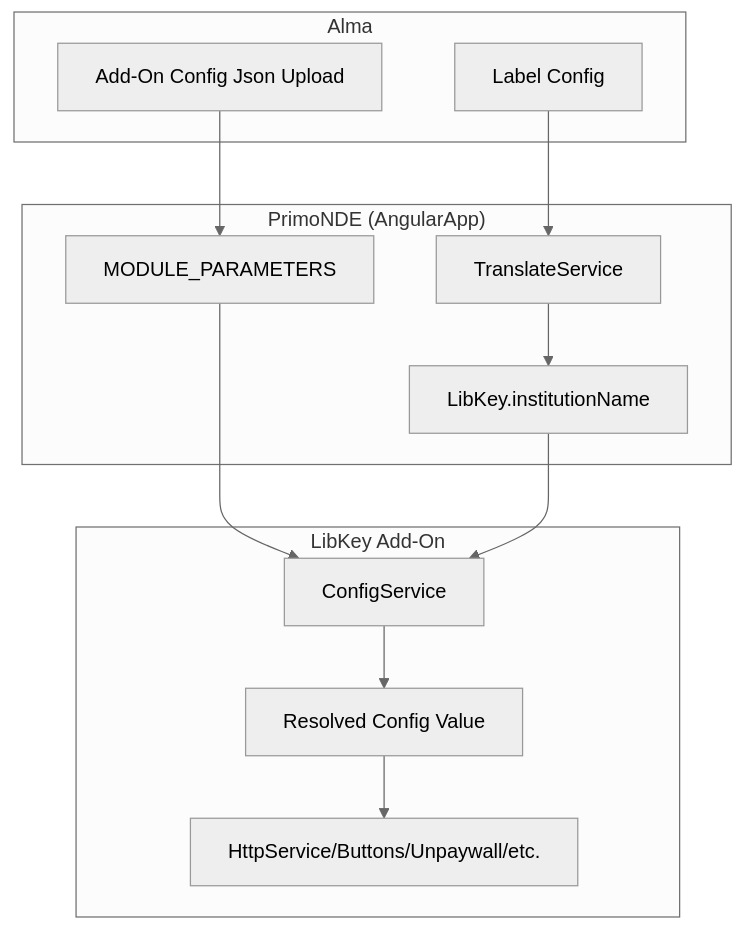
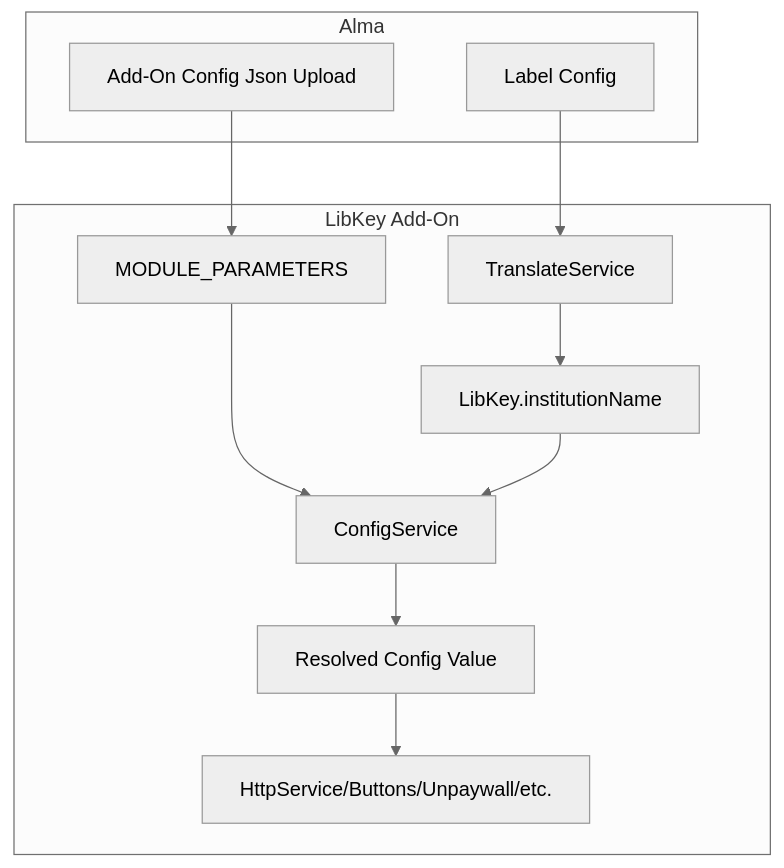
Before and after one commit to thirdiron/primo-nde-discovery-service-adapter: the first of 3 diagrams in README.md, drawn with Mermaid (neutral theme).

Commit message:
BZ-10315 diagram tweak

````diff
--- a/README.md
+++ b/README.md
@@ -107,28 +107,25 @@
 ```mermaid
 flowchart TD
   subgraph Alma["Alma"]
     AlmaLabels["Label Config"]
     AlmaConfigJson["Add-On Config Json Upload"]
   end
 
-  subgraph PrimoNDE["PrimoNDE (AngularApp)"]
+  subgraph LibKeyAddon["LibKey Add-On"]
     TranslateService["TranslateService"]
     ModuleParameters["MODULE_PARAMETERS"]
     InstitutionName["LibKey.institutionName"]
-  end
-
-  subgraph LibKeyAddon["LibKey Add-On"]
     ConfigService["ConfigService"]
     ResolvedConfig["Resolved Config Value"]
     Consumers["HttpService/Buttons/Unpaywall/etc."]
   end
 
   AlmaLabels --> TranslateService
   TranslateService --> InstitutionName
   AlmaConfigJson --> ModuleParameters
 
   ModuleParameters --> ConfigService
   InstitutionName --> ConfigService
 
   ConfigService --> ResolvedConfig --> Consumers
 ```
````
